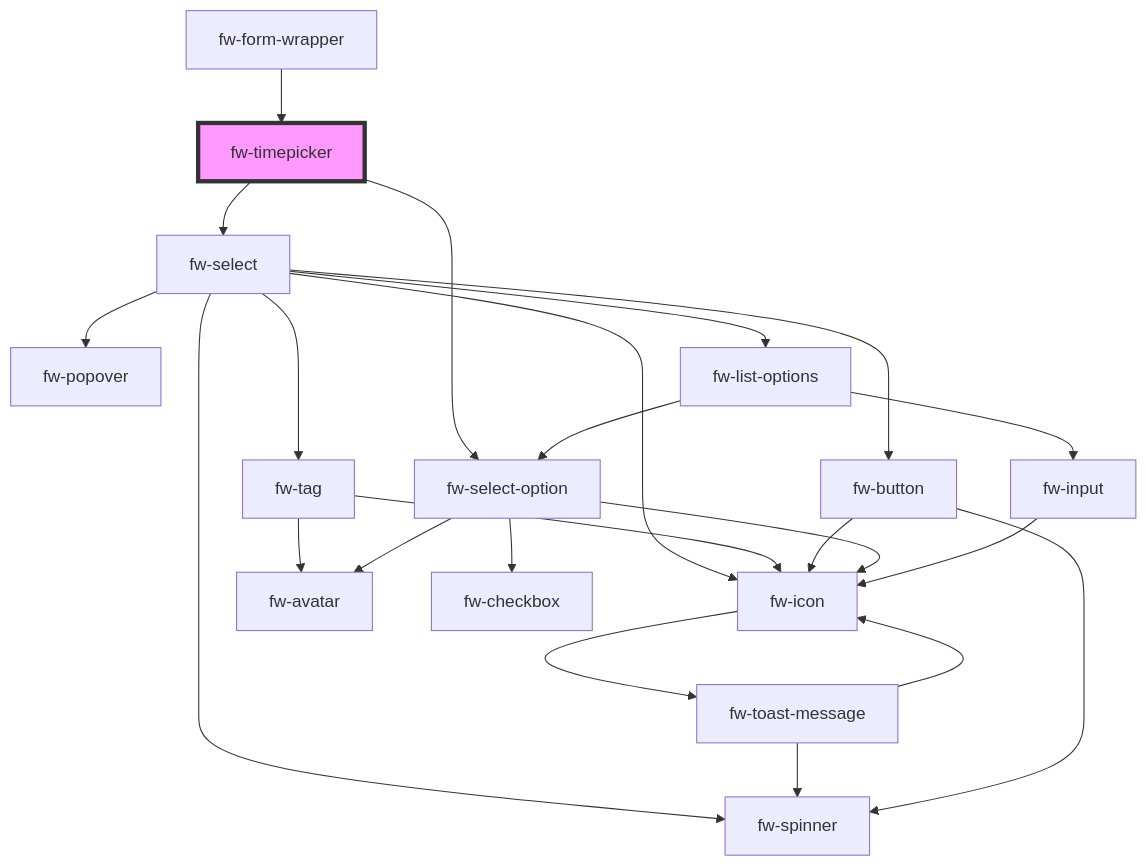
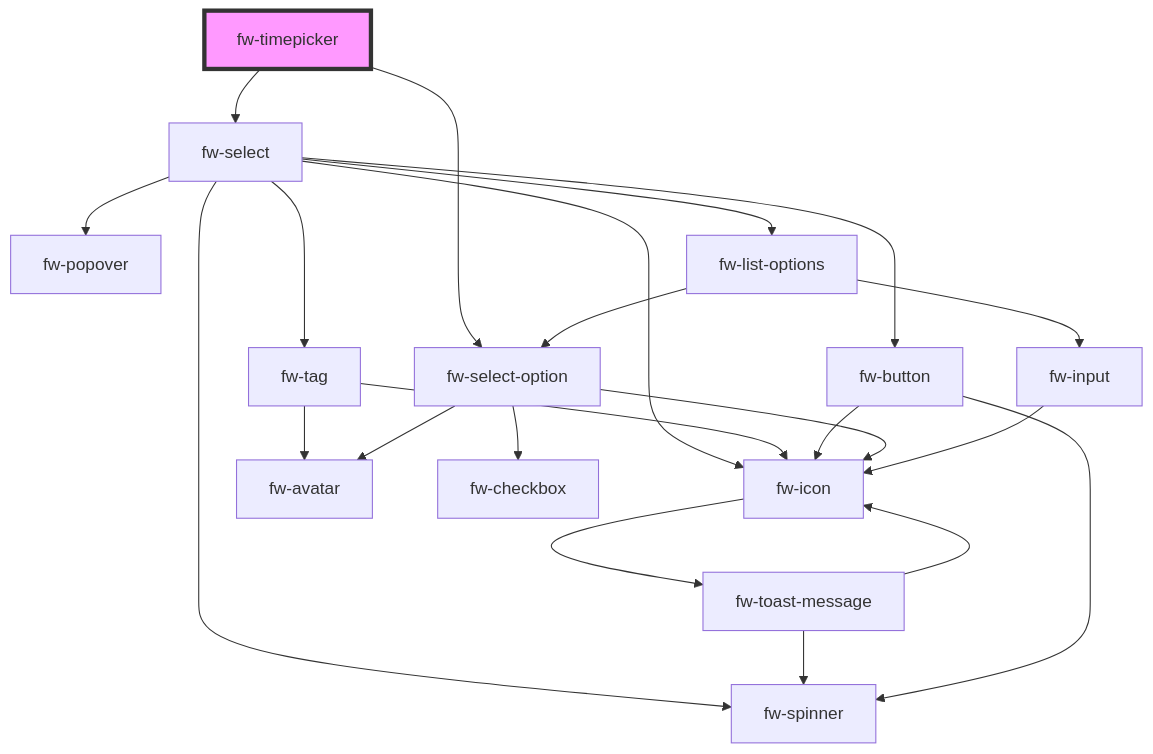
Before and after one commit to freshworks/crayons: the diagram in packages/crayons-core/src/components/timepicker/readme.md, drawn with Mermaid. The commit also changed other lines of this file and 16 other files, not shown here.

````diff
--- a/packages/crayons-core/src/components/timepicker/readme.md
+++ b/packages/crayons-core/src/components/timepicker/readme.md
@@ -76,26 +72,25 @@
 ```mermaid
 graph TD;
   fw-timepicker --> fw-select
   fw-timepicker --> fw-select-option
   fw-select --> fw-tag
   fw-select --> fw-popover
   fw-select --> fw-button
   fw-select --> fw-spinner
   fw-select --> fw-icon
   fw-select --> fw-list-options
   fw-tag --> fw-avatar
   fw-tag --> fw-icon
   fw-icon --> fw-toast-message
   fw-toast-message --> fw-spinner
   fw-toast-message --> fw-icon
   fw-button --> fw-spinner
   fw-button --> fw-icon
   fw-list-options --> fw-select-option
   fw-list-options --> fw-input
   fw-select-option --> fw-icon
   fw-select-option --> fw-checkbox
   fw-select-option --> fw-avatar
   fw-input --> fw-icon
-  fw-form-wrapper --> fw-timepicker
   style fw-timepicker fill:#f9f,stroke:#333,stroke-width:4px
 ```
````
